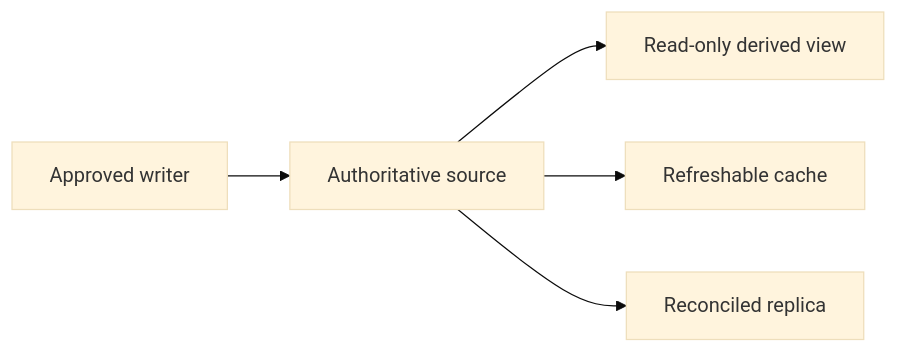
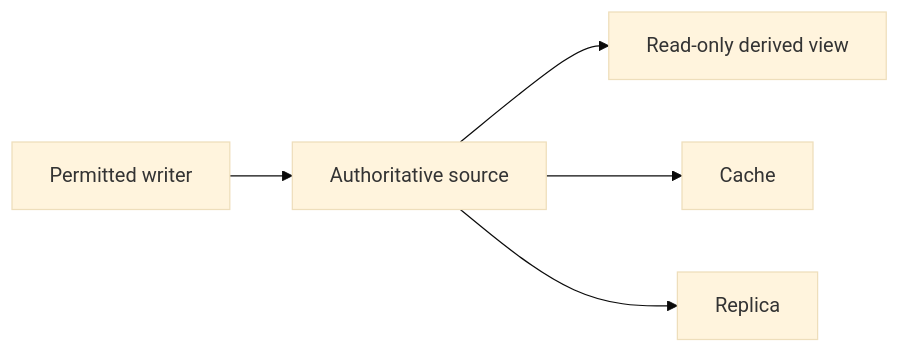
One commit to HomericIntelligence/Athena changed the diagram in docs/principles/details/p078-single-source-of-truth.md. Above: the diagram before and after it, drawn with Mermaid (base theme). The commit also changed other lines of this file and 91 other files, not shown here.

````diff
--- a/docs/principles/details/p078-single-source-of-truth.md
+++ b/docs/principles/details/p078-single-source-of-truth.md
@@ -37,7 +37,7 @@
 ```mermaid
 flowchart LR
-    A["Approved writer"] --> B["Authoritative source"]
+    A["Permitted writer"] --> B["Authoritative source"]
     B --> C["Read-only derived view"]
-    B --> D["Refreshable cache"]
-    B --> E["Reconciled replica"]
+    B --> D["Cache"]
+    B --> E["Replica"]
 ```
````
